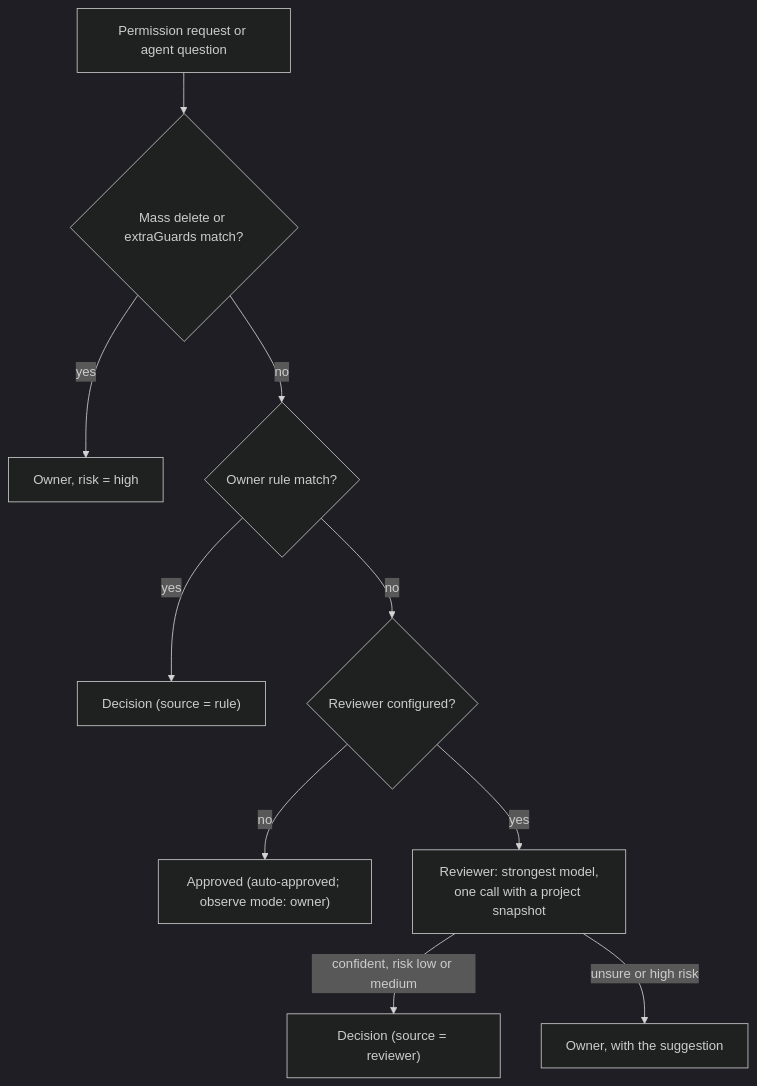
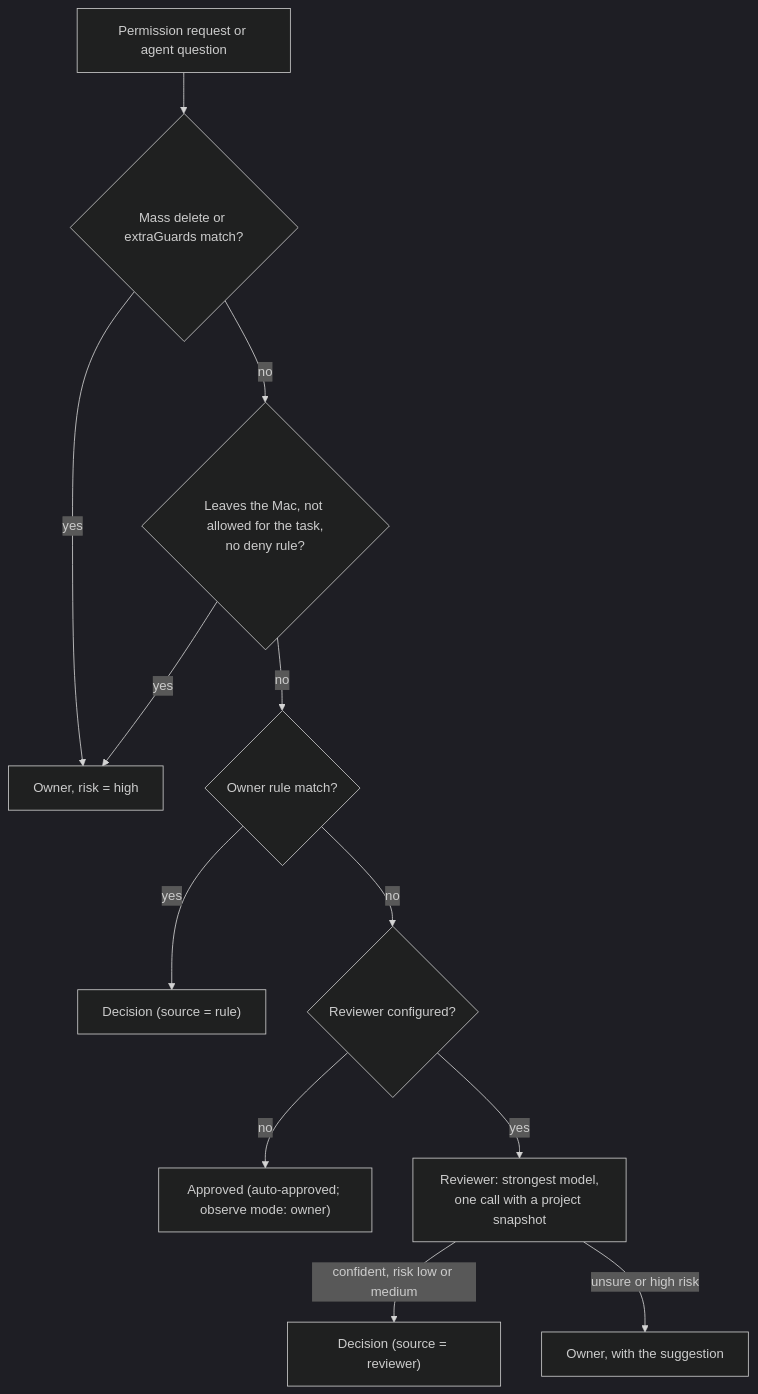
Before and after one commit to Dopetaiga/AgentHerd: the second of 2 diagrams in docs/spec/04-herder.md, drawn with Mermaid (dark theme). The commit also changed other lines of this file and 36 other files, not shown here.

````diff
--- a/docs/spec/04-herder.md
+++ b/docs/spec/04-herder.md
@@ -399,12 +399,14 @@
 ```mermaid
 flowchart TD
   E["Permission request or agent question"] --> G{"Mass delete or extraGuards match?"}
   G -- yes --> O["Owner, risk = high"]
-  G -- no --> R{"Owner rule match?"}
+  G -- no --> X{"Leaves the Mac, not allowed for the task,<br/>no deny rule?"}
+  X -- yes --> O
+  X -- no --> R{"Owner rule match?"}
   R -- yes --> D["Decision (source = rule)"]
   R -- no --> RV{"Reviewer configured?"}
   RV -- no --> O2["Approved (auto-approved; observe mode: owner)"]
   RV -- yes --> M["Reviewer: strongest model,<br/>one call with a project snapshot"]
   M -- "confident, risk low or medium" --> D2["Decision (source = reviewer)"]
   M -- "unsure or high risk" --> O3["Owner, with the suggestion"]
 ```
````
